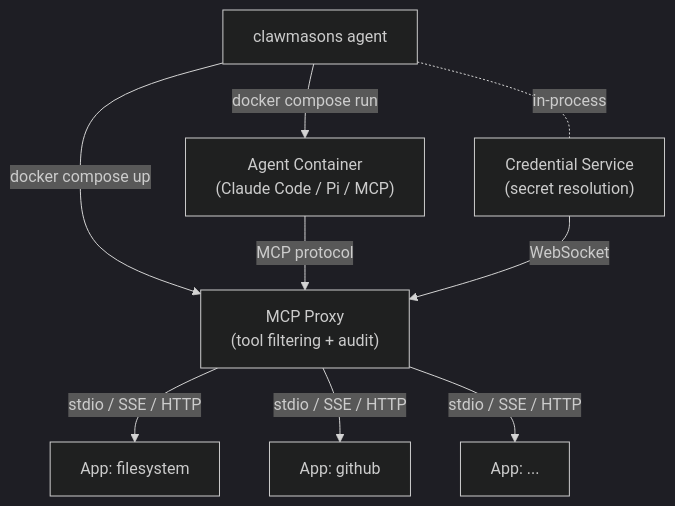
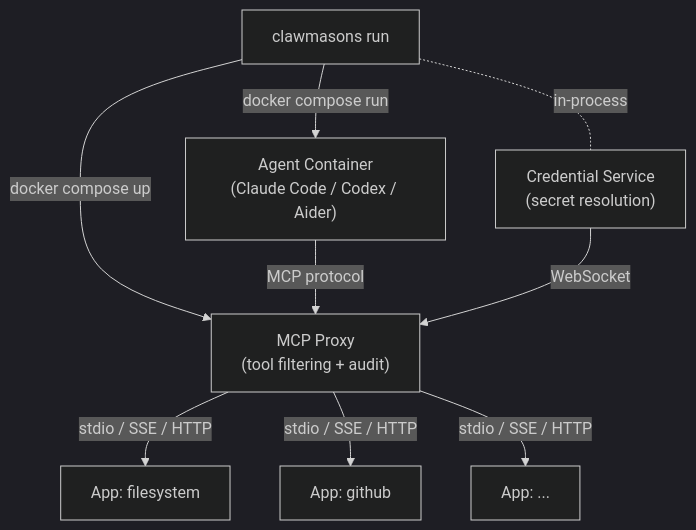
The first of 5 diagrams in docs/architecture.md (clawmasons/mason), drawn with Mermaid (dark theme) before and after one commit. The commit also changed other lines of this file and 188 other files, not shown here.

````diff
--- a/docs/architecture.md
+++ b/docs/architecture.md
@@ -12,13 +12,13 @@
 ```mermaid
 graph TB
-    CLI["clawmasons agent"]
+    CLI["clawmasons run"]
     CLI -->|docker compose up| Proxy["MCP Proxy<br/>(tool filtering + audit)"]
-    CLI -->|docker compose run| Agent["Agent Container<br/>(Claude Code / Pi / MCP)"]
+    CLI -->|docker compose run| Agent["Agent Container<br/>(Claude Code / Codex / Aider)"]
     CLI -.-|in-process| CredSvc["Credential Service<br/>(secret resolution)"]
 
     Agent -->|MCP protocol| Proxy
     CredSvc -->|WebSocket| Proxy
     Proxy -->|stdio / SSE / HTTP| App1["App: filesystem"]
     Proxy -->|stdio / SSE / HTTP| App2["App: github"]
     Proxy -->|stdio / SSE / HTTP| AppN["App: ..."]
 ```
````
